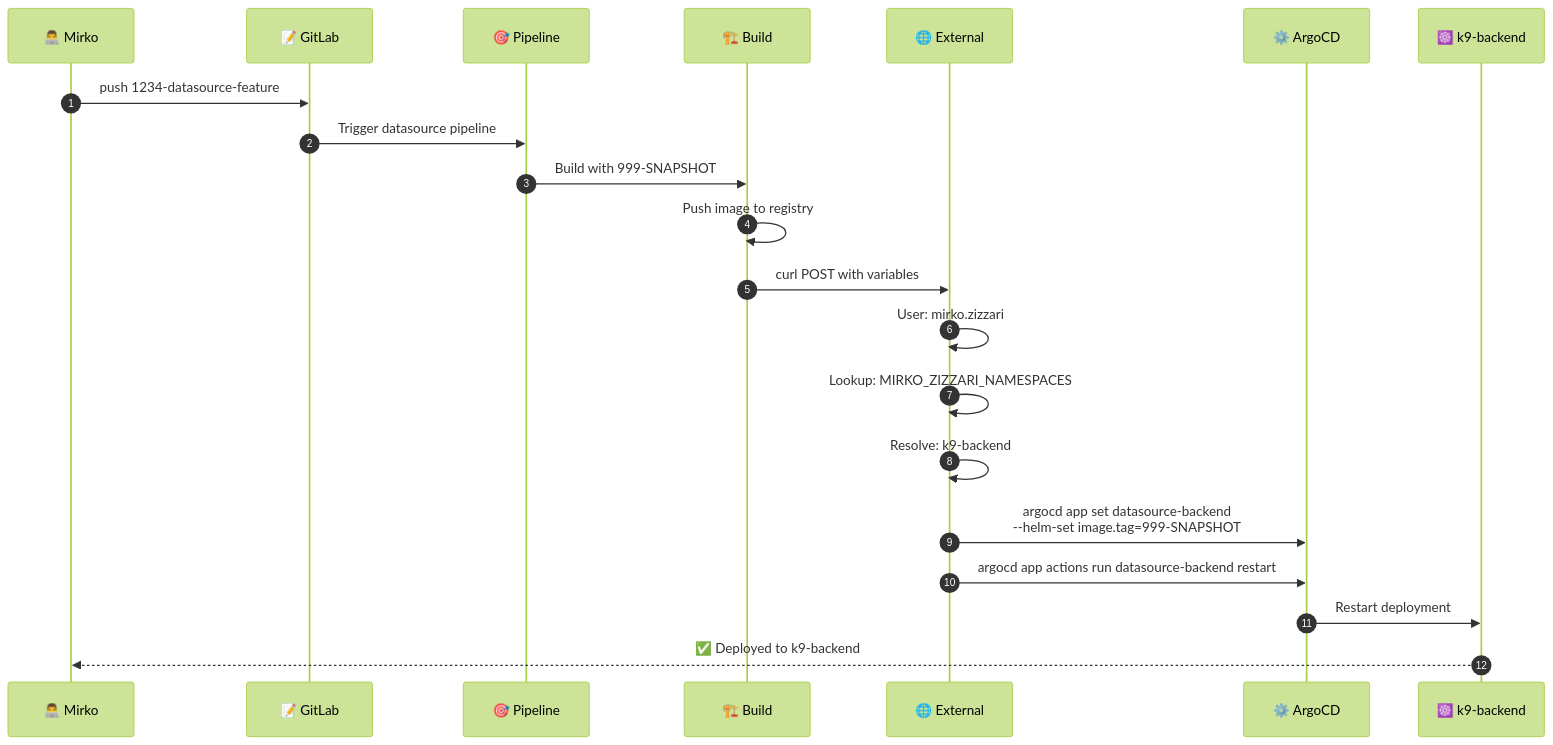
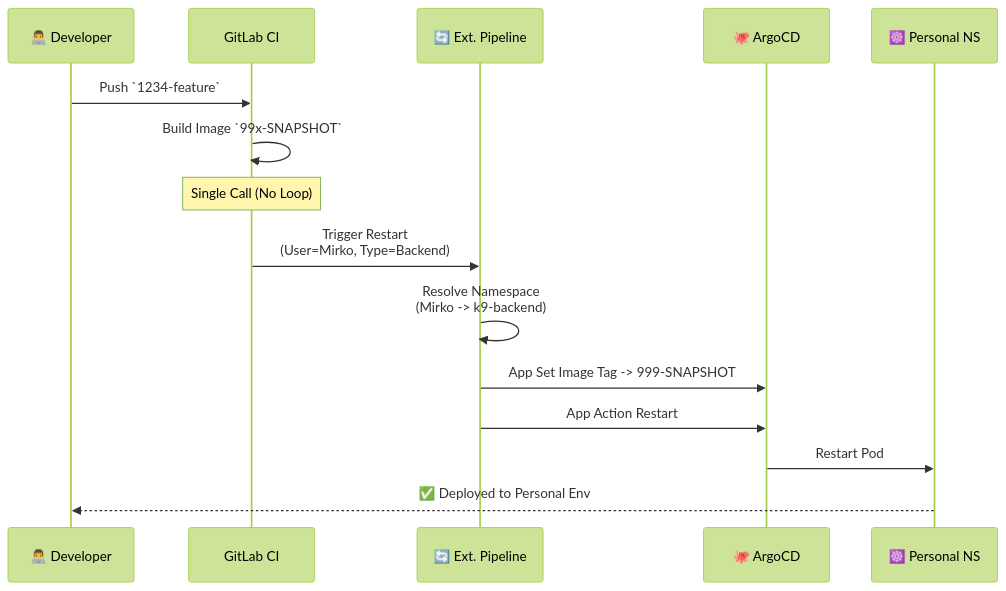
One commit to smclab/openk9 changed the first of 3 diagrams in .gitlab/README.md. Above: the diagram before and after it, drawn with Mermaid (forest theme). The commit also changed other lines of this file and 5 other files, not shown here.

Commit message:
Fix downstream pipeline failure: remove redundant 'changes' rules in frontend jobs. Updated README with comprehensive technical reference (architecture & flows).

````diff
--- a/.gitlab/README.md
+++ b/.gitlab/README.md
@@ -299,24 +99,22 @@
 ```mermaid
 sequenceDiagram
-    autonumber
-    participant Mirko as 👨‍💻 Mirko
-    participant Git as 📝 GitLab
-    participant Pipeline as 🎯 Pipeline
-    participant Build as 🏗️ Build
-    participant External as 🌐 External
-    participant ArgoCD as ⚙️ ArgoCD
-    participant K8s as ☸️ k9-backend
+    participant Dev as 👨‍💻 Developer
+    participant Git as GitLab CI
+    participant Ext as 🔄 Ext. Pipeline
+    participant Argo as 🐙 ArgoCD
+    participant K8s as ☸️ Personal NS
+
+    Dev->>Git: Push `1234-feature`
+    Git->>Git: Build Image `99x-SNAPSHOT`
     
-    Mirko->>Git: push 1234-datasource-feature
-    Git->>Pipeline: Trigger datasource pipeline
-    Pipeline->>Build: Build with 999-SNAPSHOT
-    Build->>Build: Push image to registry
-    Build->>External: curl POST with variables
-    External->>External: User: mirko.zizzari
-    External->>External: Lookup: MIRKO_ZIZZARI_NAMESPACES
-    External->>External: Resolve: k9-backend
-    External->>ArgoCD: argocd app set datasource-backend<br/>--helm-set image.tag=999-SNAPSHOT
-    External->>ArgoCD: argocd app actions run datasource-backend restart
-    ArgoCD->>K8s: Restart deployment
-    K8s-->>Mirko: ✅ Deployed to k9-backend
+    Note over Git: Single Call (No Loop)
+    Git->>Ext: Trigger Restart<br/>(User=Mirko, Type=Backend)
+    
+    Ext->>Ext: Resolve Namespace<br/>(Mirko -> k9-backend)
+    
+    Ext->>Argo: App Set Image Tag -> 999-SNAPSHOT
+    Ext->>Argo: App Action Restart
+    
+    Argo->>K8s: Restart Pod
+    K8s-->>Dev: ✅ Deployed to Personal Env
 ```
````
